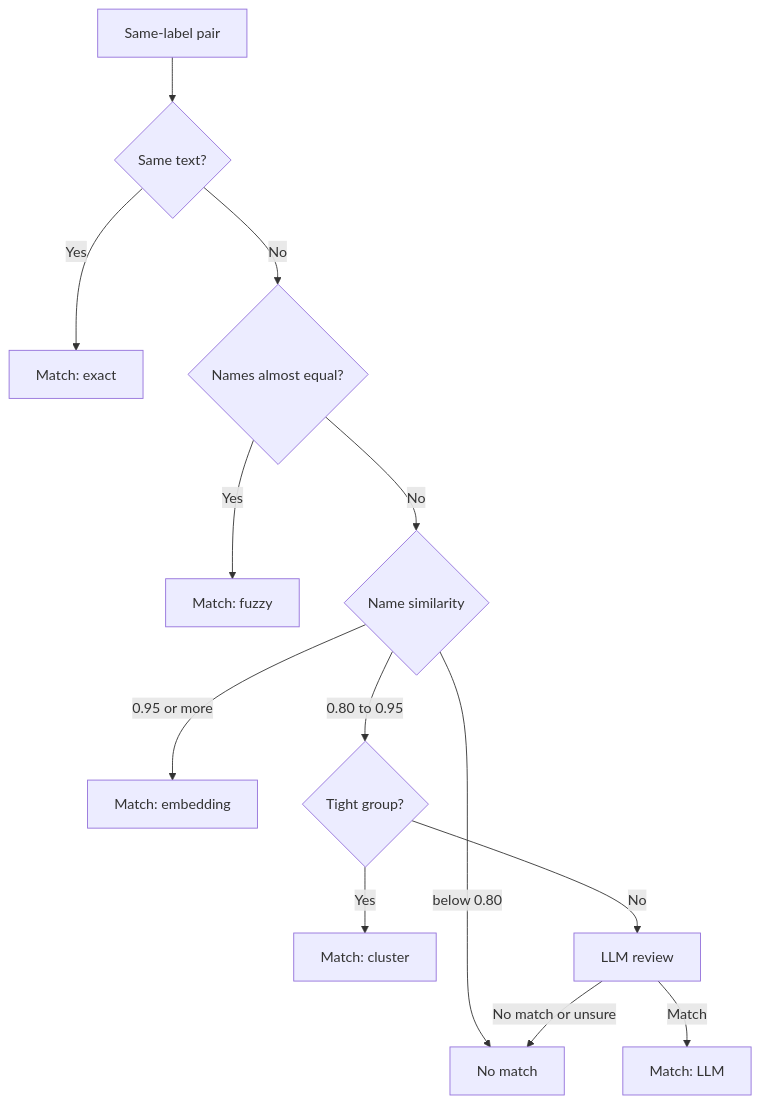
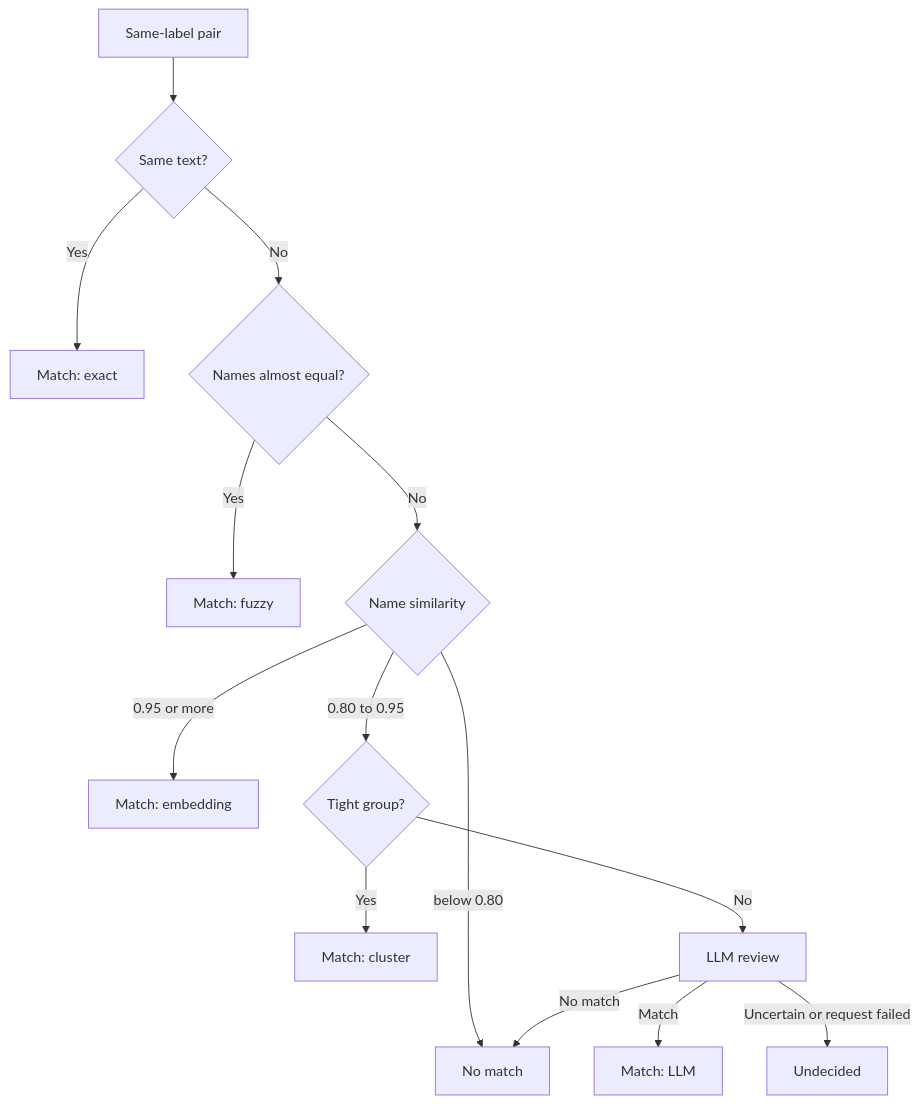
Before and after one commit to ontogr/agentic-graphrag: the diagram in docs/docs/concepts/resolution.mdx, drawn with Mermaid. The commit also changed other lines of this file and 30 other files, not shown here.

````diff
--- a/docs/docs/concepts/resolution.mdx
+++ b/docs/docs/concepts/resolution.mdx
@@ -19,15 +19,16 @@
 ```mermaid
 flowchart TD
     A[Same-label pair] --> B{Same text?}
     B -- Yes --> M1[Match: exact]
     B -- No --> C{Names almost equal?}
     C -- Yes --> M2[Match: fuzzy]
     C -- No --> D{Name similarity}
     D -- "0.95 or more" --> M3[Match: embedding]
     D -- "below 0.80" --> N[No match]
     D -- "0.80 to 0.95" --> E{Tight group?}
     E -- Yes --> M4[Match: cluster]
     E -- No --> F[LLM review]
     F -- Match --> M5[Match: LLM]
-    F -- "No match or unsure" --> N
+    F -- No match --> N
+    F -- "Uncertain or request failed" --> U[Undecided]
 ```
````
